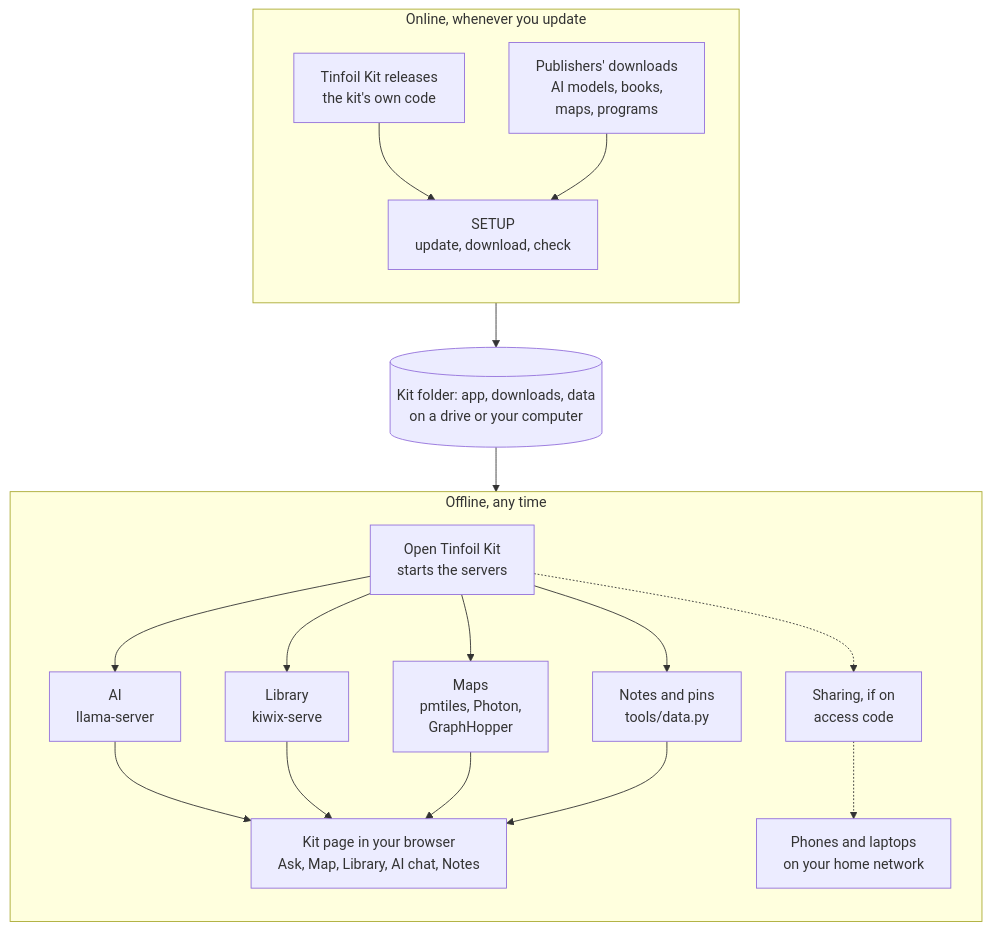
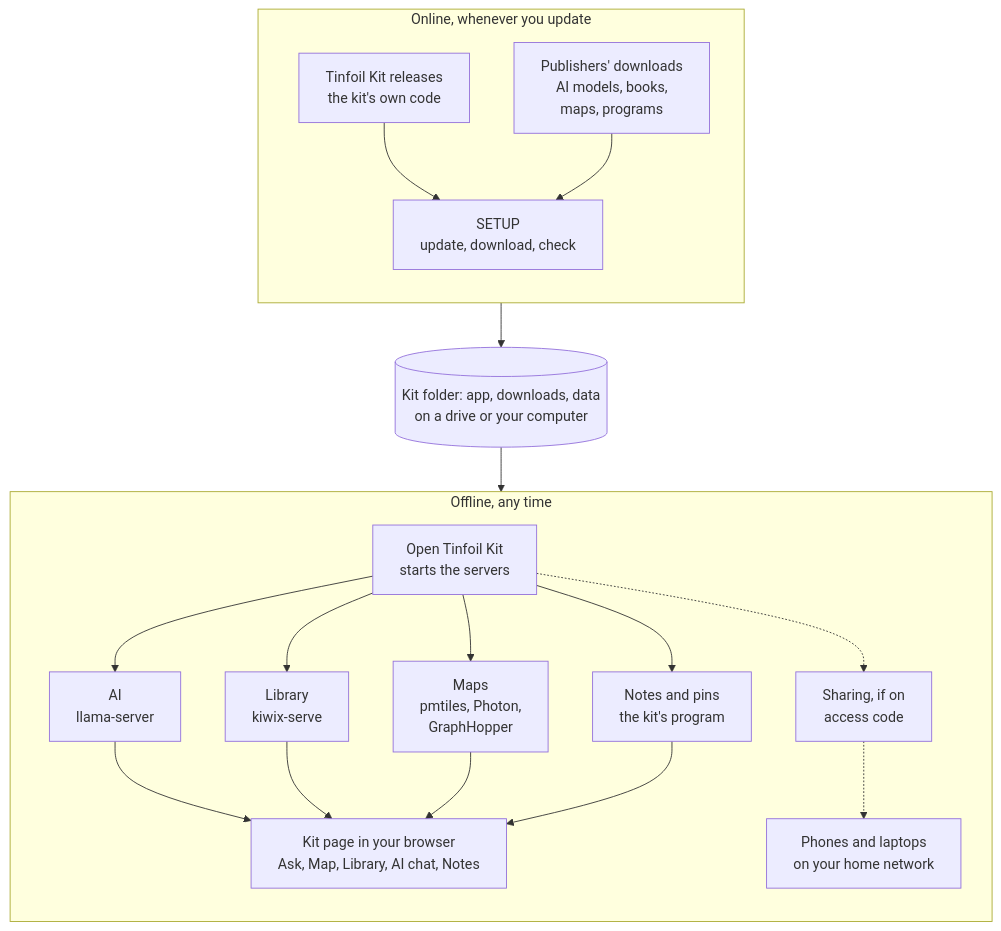
Before and after one commit to tudor-city-ventures/tinfoil-kit: the diagram in README.md, drawn with Mermaid. The commit also changed other lines of this file and 57 other files, not shown here.

````diff
--- a/README.md
+++ b/README.md
@@ -19,27 +19,27 @@
 ```mermaid
 %%{init: {"flowchart": {"wrappingWidth": 300}}}%%
 flowchart TB
   subgraph online["Online, whenever you update"]
     direction TB
     releases["Tinfoil Kit releases<br/>the kit's own code"] --> setup
     publishers["Publishers' downloads<br/>AI models, books,<br/>maps, programs"] --> setup
     setup["SETUP<br/>update, download, check"]
   end
   folder[("Kit folder: app, downloads, data<br/>on a drive or your computer")]
   subgraph offline["Offline, any time"]
     direction TB
     start["Open Tinfoil Kit<br/>starts the servers"]
     start --> ai["AI<br/>llama-server"]
     start --> library["Library<br/>kiwix-serve"]
     start --> maps["Maps<br/>pmtiles, Photon,<br/>GraphHopper"]
-    start --> notes["Notes and pins<br/>tools/data.py"]
+    start --> notes["Notes and pins<br/>the kit's program"]
     ai --> page
     library --> page
     maps --> page
     notes --> page
     page["Kit page in your browser<br/>Ask, Map, Library, AI chat, Notes"]
     start -.-> gate["Sharing, if on<br/>access code"]
     gate -.-> phones["Phones and laptops<br/>on your home network"]
   end
   online --> folder --> offline
 ```
````
